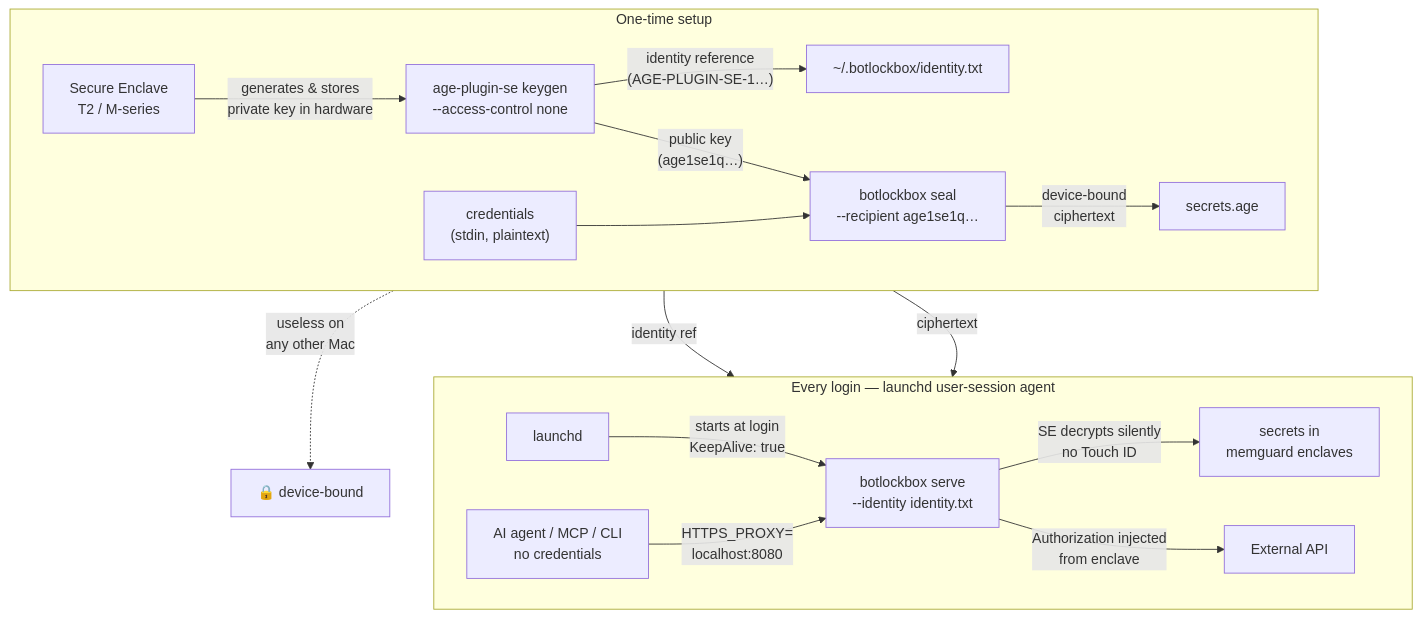
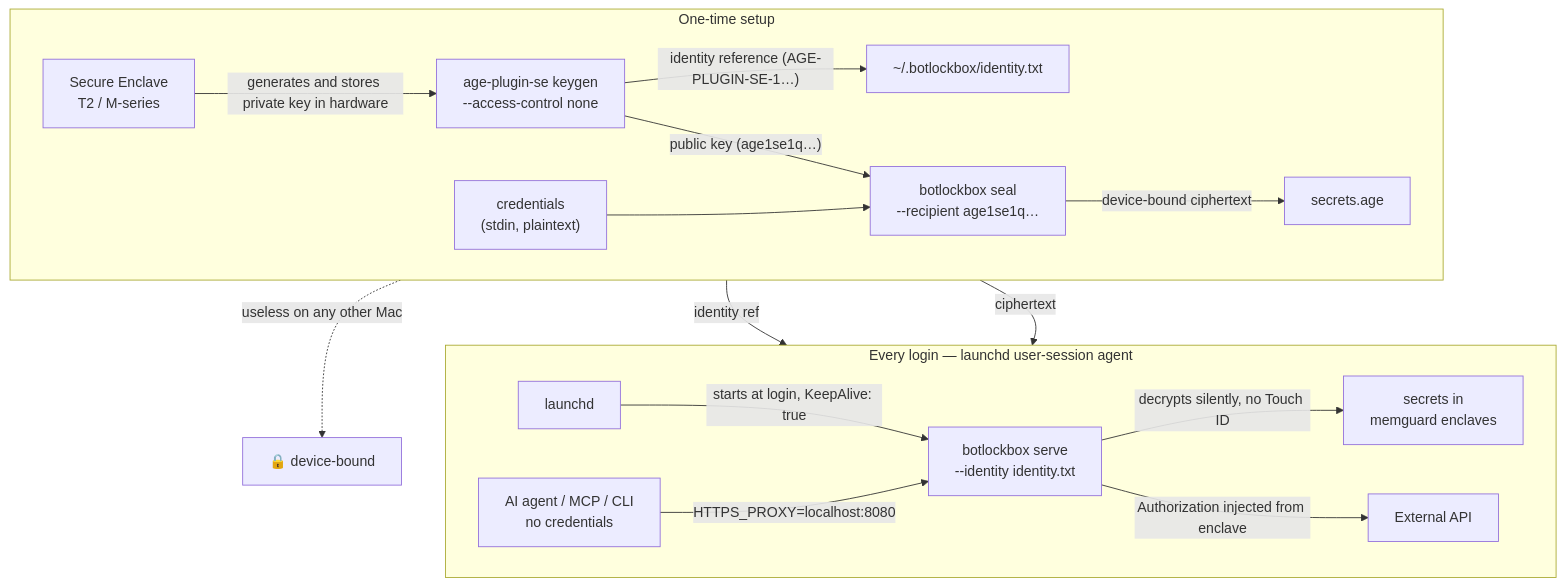
One commit to trodemaster/botlockbox changed the first of 3 diagrams in README.md. Above: the diagram before and after it, drawn with Mermaid. The commit also changed other lines of this file, not shown here.

First line of the commit message:
docs: fix \n in Mermaid diagrams — replace with <br/> and flatten edge labels

````diff
--- a/README.md
+++ b/README.md
@@ -121,25 +121,25 @@
 ```mermaid
 flowchart TD
     subgraph setup["One-time setup"]
         direction LR
-        KG["age-plugin-se keygen\n--access-control none"]
-        SE["Secure Enclave\nT2 / M-series"]
-        SE -->|"generates &amp; stores\nprivate key in hardware"| KG
-        KG -->|"identity reference\n(AGE-PLUGIN-SE-1…)"| IDFILE["~/.botlockbox/identity.txt"]
-        KG -->|"public key\n(age1se1q…)"| SEAL
-        CREDS["credentials\n(stdin, plaintext)"] --> SEAL["botlockbox seal\n--recipient age1se1q…"]
-        SEAL -->|"device-bound\nciphertext"| SAGE["secrets.age"]
+        KG["age-plugin-se keygen<br/>--access-control none"]
+        SE["Secure Enclave<br/>T2 / M-series"]
+        SE -->|"generates and stores private key in hardware"| KG
+        KG -->|"identity reference (AGE-PLUGIN-SE-1…)"| IDFILE["~/.botlockbox/identity.txt"]
+        KG -->|"public key (age1se1q…)"| SEAL
+        CREDS["credentials<br/>(stdin, plaintext)"] --> SEAL["botlockbox seal<br/>--recipient age1se1q…"]
+        SEAL -->|"device-bound ciphertext"| SAGE["secrets.age"]
     end
 
     subgraph runtime["Every login — launchd user-session agent"]
         direction LR
-        LAUNCHD["launchd"] -->|"starts at login\nKeepAlive: true"| SERVE["botlockbox serve\n--identity identity.txt"]
+        LAUNCHD["launchd"] -->|"starts at login, KeepAlive: true"| SERVE["botlockbox serve<br/>--identity identity.txt"]
         IDFILE -->|"identity ref"| SERVE
         SAGE -->|"ciphertext"| SERVE
-        SERVE -->|"SE decrypts silently\nno Touch ID"| MEM["secrets in\nmemguard enclaves"]
-        AGENT["AI agent / MCP / CLI\nno credentials"] -->|"HTTPS_PROXY=\nlocalhost:8080"| SERVE
-        SERVE -->|"Authorization injected\nfrom enclave"| API["External API"]
+        SERVE -->|"decrypts silently, no Touch ID"| MEM["secrets in<br/>memguard enclaves"]
+        AGENT["AI agent / MCP / CLI<br/>no credentials"] -->|"HTTPS_PROXY=localhost:8080"| SERVE
+        SERVE -->|"Authorization injected from enclave"| API["External API"]
     end
 
-    SAGE -.->|"useless on\nany other Mac"| LOCK["🔒 device-bound"]
+    SAGE -.->|"useless on any other Mac"| LOCK["🔒 device-bound"]
 ```
````
